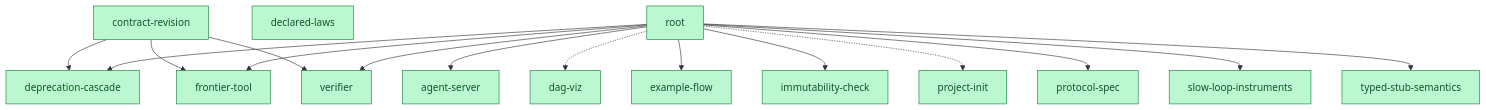
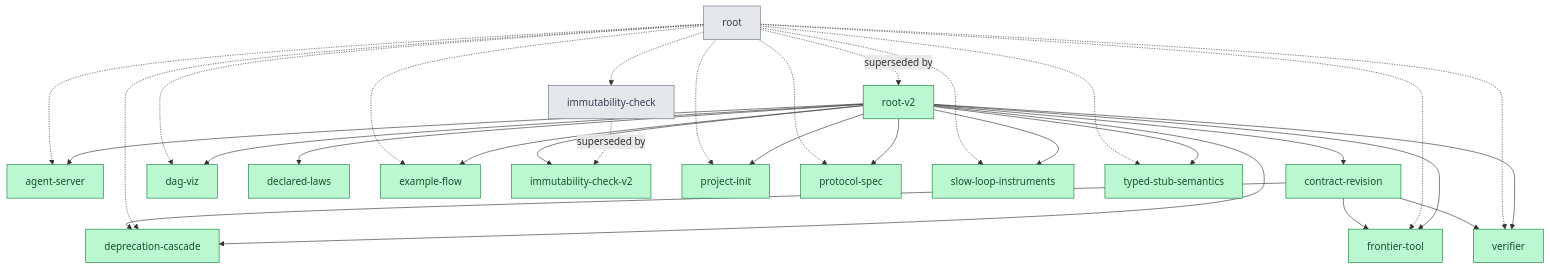
Before and after one commit to shitianfang/build2me: the diagram in README.zh-CN.md, drawn with Mermaid. The commit also changed other lines of this file and 14 other files, not shown here.

````diff
--- a/README.zh-CN.md
+++ b/README.zh-CN.md
@@ -142,34 +140,51 @@
 ```mermaid
 graph TD
   agent_server["agent-server"]:::done
   contract_revision["contract-revision"]:::done
   dag_viz["dag-viz"]:::done
   declared_laws["declared-laws"]:::done
   deprecation_cascade["deprecation-cascade"]:::done
   example_flow["example-flow"]:::done
   frontier_tool["frontier-tool"]:::done
-  immutability_check["immutability-check"]:::done
+  immutability_check["immutability-check"]:::deprecated
+  immutability_check_v2["immutability-check-v2"]:::done
   project_init["project-init"]:::done
   protocol_spec["protocol-spec"]:::done
-  root["root"]:::done
+  root["root"]:::deprecated
+  root_v2["root-v2"]:::done
   slow_loop_instruments["slow-loop-instruments"]:::done
   typed_stub_semantics["typed-stub-semantics"]:::done
   verifier["verifier"]:::done
   contract_revision --> deprecation_cascade
   contract_revision --> frontier_tool
   contract_revision --> verifier
-  root --> agent_server
+  root -.-> agent_server
   root -.-> dag_viz
-  root --> deprecation_cascade
-  root --> example_flow
-  root --> frontier_tool
-  root --> immutability_check
+  root -.-> deprecation_cascade
+  root -.-> example_flow
+  root -.-> frontier_tool
+  root -.-> immutability_check
   root -.-> project_init
-  root --> protocol_spec
-  root --> slow_loop_instruments
-  root --> typed_stub_semantics
-  root --> verifier
+  root -.-> protocol_spec
+  root -.-> slow_loop_instruments
+  root -.-> typed_stub_semantics
+  root -.-> verifier
+  root_v2 --> agent_server
+  root_v2 --> contract_revision
+  root_v2 --> dag_viz
+  root_v2 --> declared_laws
+  root_v2 --> deprecation_cascade
+  root_v2 --> example_flow
+  root_v2 --> frontier_tool
+  root_v2 --> immutability_check_v2
+  root_v2 --> project_init
+  root_v2 --> protocol_spec
+  root_v2 --> slow_loop_instruments
+  root_v2 --> typed_stub_semantics
+  root_v2 --> verifier
+  immutability_check -. "superseded by" .-> immutability_check_v2
+  root -. "superseded by" .-> root_v2
   classDef done fill:#bbf7d0,stroke:#15803d,color:#14532d
   classDef open fill:#fde68a,stroke:#b45309,color:#78350f
   classDef deprecated fill:#e5e7eb,stroke:#6b7280,color:#374151
 ```
````
